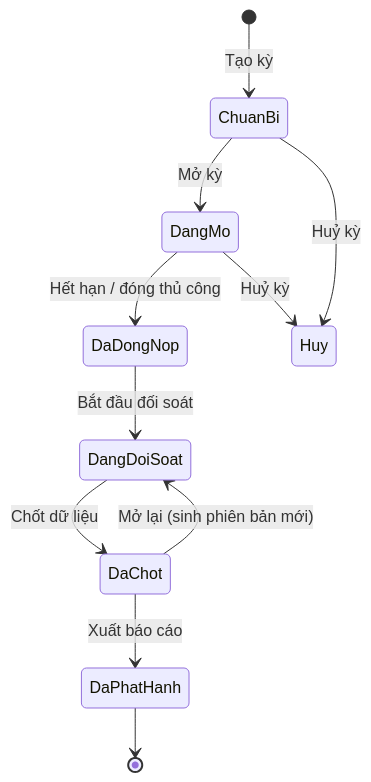
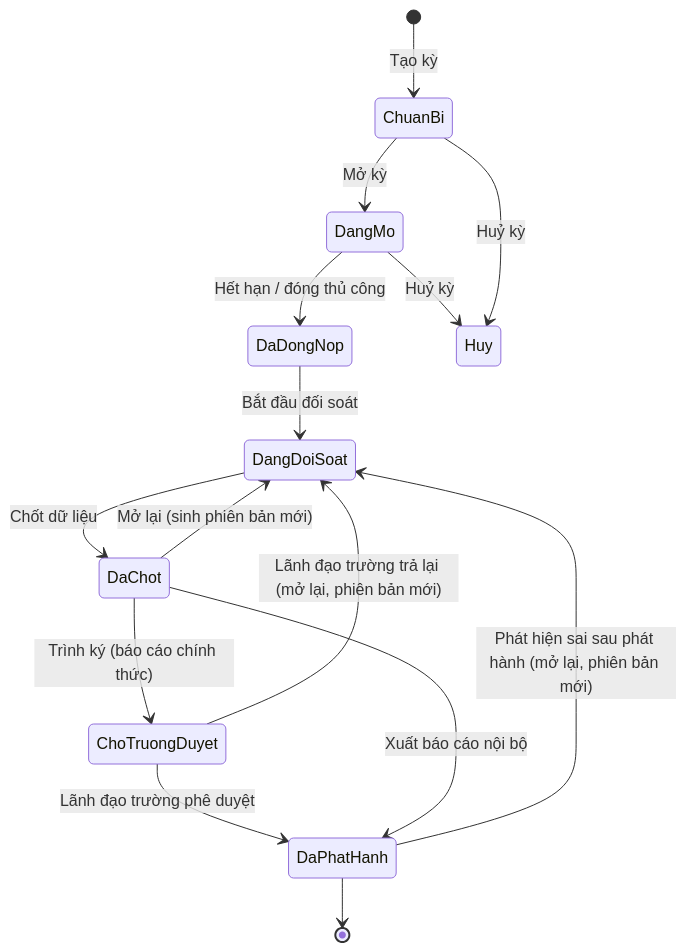
One commit to maiychrus25/ICTU-CRIS changed the first of 5 diagrams in docs/ba/03-state.md. Above: the diagram before and after it, drawn with Mermaid. The commit also changed other lines of this file and 15 other files, not shown here.

````diff
--- a/docs/ba/03-state.md
+++ b/docs/ba/03-state.md
@@ -5,13 +5,17 @@
 ```mermaid
 stateDiagram-v2
     [*] --> ChuanBi: Tạo kỳ
     ChuanBi --> DangMo: Mở kỳ
     DangMo --> DaDongNop: Hết hạn / đóng thủ công
     DaDongNop --> DangDoiSoat: Bắt đầu đối soát
     DangDoiSoat --> DaChot: Chốt dữ liệu
-    DaChot --> DaPhatHanh: Xuất báo cáo
+    DaChot --> ChoTruongDuyet: Trình ký (báo cáo chính thức)
+    ChoTruongDuyet --> DaPhatHanh: Lãnh đạo trường phê duyệt
+    ChoTruongDuyet --> DangDoiSoat: Lãnh đạo trường trả lại (mở lại, phiên bản mới)
+    DaChot --> DaPhatHanh: Xuất báo cáo nội bộ
     DaChot --> DangDoiSoat: Mở lại (sinh phiên bản mới)
+    DaPhatHanh --> DangDoiSoat: Phát hiện sai sau phát hành (mở lại, phiên bản mới)
     DangMo --> Huy: Huỷ kỳ
     ChuanBi --> Huy: Huỷ kỳ
     DaPhatHanh --> [*]
 ```
````
